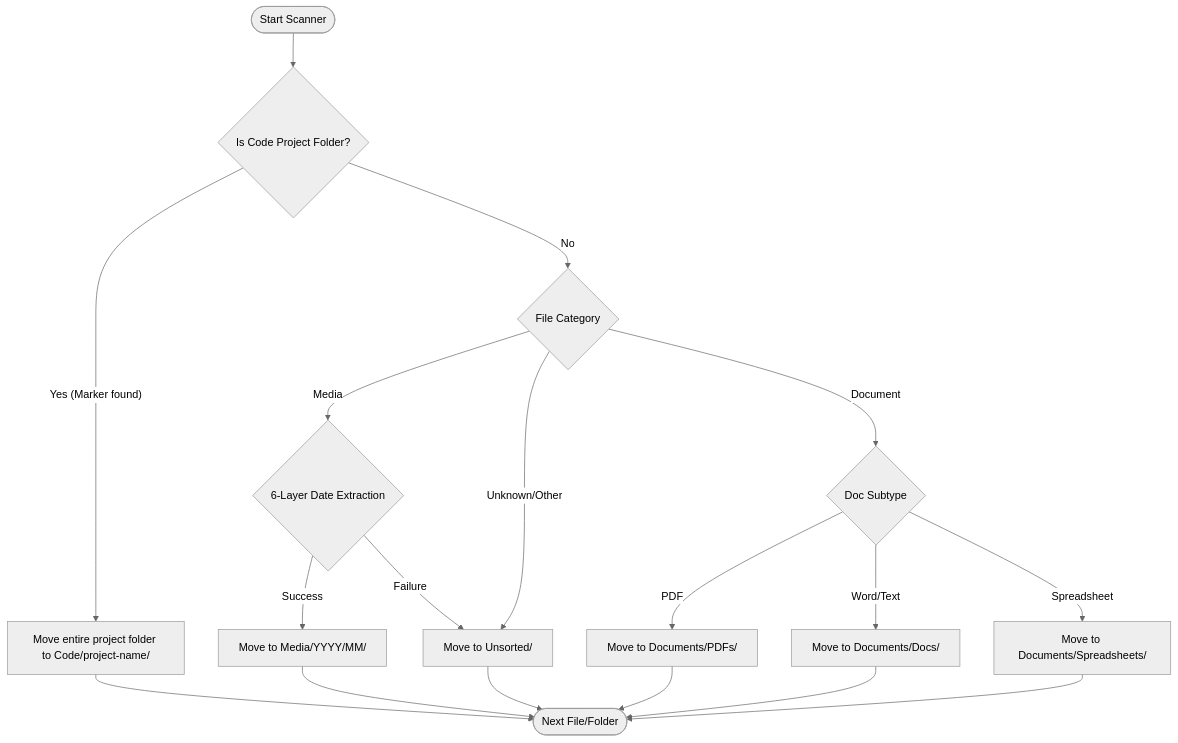
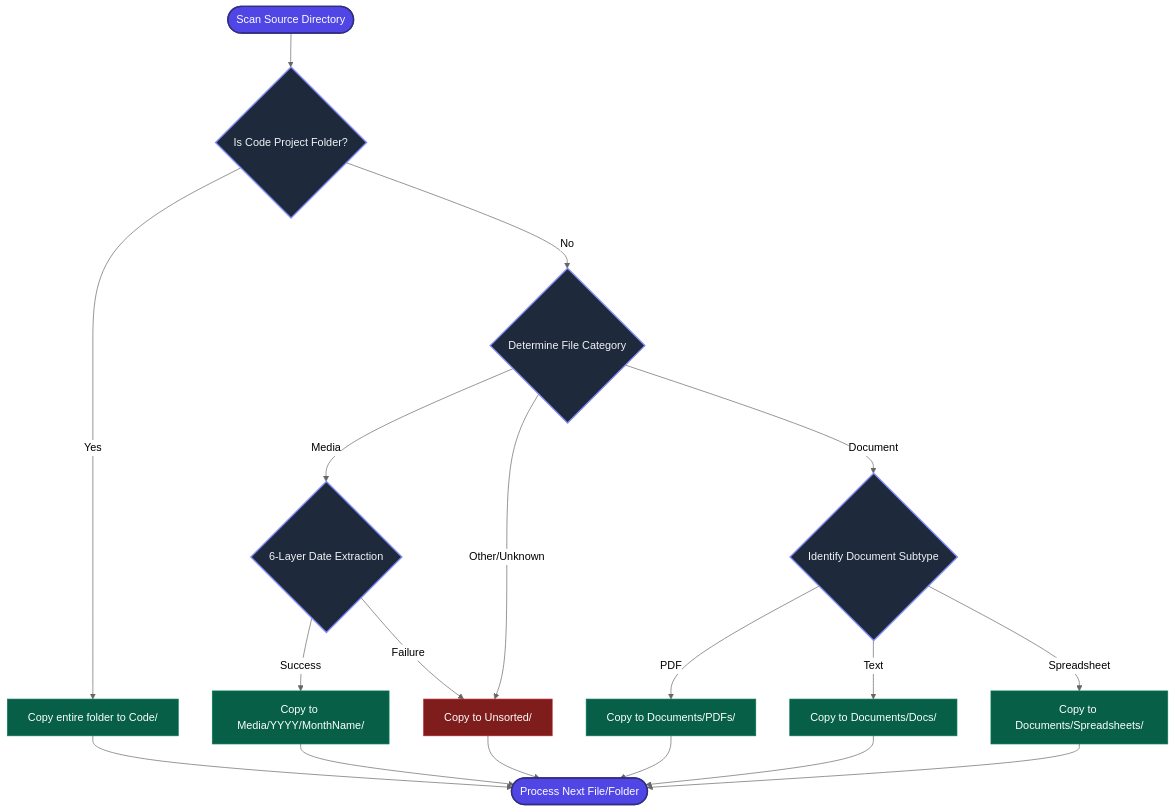
One commit to itspgiri/hdd-organiser changed the diagram in README.md. Above: the diagram before and after it, drawn with Mermaid (neutral theme). The commit also changed other lines of this file and 1236 other files, not shown here.

````diff
--- a/README.md
+++ b/README.md
@@ -41,29 +73,34 @@
 ```mermaid
 graph TD
-    Start([Start Scanner]) --> CheckProject{Is Code Project Folder?}
+    classDef startEnd fill:#4f46e5,stroke:#312e81,stroke-width:2px,color:#fff;
+    classDef decision fill:#1e293b,stroke:#818cf8,stroke-width:2px,color:#f1f5f9;
+    classDef action fill:#065f46,stroke:#047857,stroke-width:1px,color:#fff;
+    classDef fallback fill:#7f1d1d,stroke:#b91c1c,stroke-width:1px,color:#fff;
+
+    Start(["Scan Source Directory"]):::startEnd --> CheckProject{"Is Code Project Folder?"}:::decision
     
-    CheckProject -- "Yes (Marker found)" --> MoveProject[Move entire project folder to Code/project-name/]
-    CheckProject -- No --> DetectType{File Category}
+    CheckProject -- Yes --> MoveProject["Copy entire folder to Code/"]:::action
+    CheckProject -- No --> DetectType{"Determine File Category"}:::decision
     
     %% Media Branch
-    DetectType -- Media --> DateFallback{6-Layer Date Extraction}
-    DateFallback -- Success --> MoveMedia[Move to Media/YYYY/MM/]
-    DateFallback -- Failure --> MoveUnsorted[Move to Unsorted/]
+    DetectType -- Media --> DateFallback{"6-Layer Date Extraction"}:::decision
+    DateFallback -- Success --> MoveMedia["Copy to Media/YYYY/MonthName/"]:::action
+    DateFallback -- Failure --> MoveUnsorted["Copy to Unsorted/"]:::fallback
     
     %% Documents Branch
-    DetectType -- Document --> DocSubtype{Doc Subtype}
-    DocSubtype -- PDF --> MovePDF[Move to Documents/PDFs/]
-    DocSubtype -- Word/Text --> MoveDoc[Move to Documents/Docs/]
-    DocSubtype -- Spreadsheet --> MoveSheet[Move to Documents/Spreadsheets/]
+    DetectType -- Document --> DocSubtype{"Identify Document Subtype"}:::decision
+    DocSubtype -- PDF --> MovePDF["Copy to Documents/PDFs/"]:::action
+    DocSubtype -- Text --> MoveDoc["Copy to Documents/Docs/"]:::action
+    DocSubtype -- Spreadsheet --> MoveSheet["Copy to Documents/Spreadsheets/"]:::action
     
     %% Unknown Branch
-    DetectType -- Unknown/Other --> MoveUnsorted
+    DetectType -- Other/Unknown --> MoveUnsorted
     
-    %% End States
-    MoveProject --> End([Next File/Folder])
+    %% Loop/End
+    MoveProject --> End(["Process Next File/Folder"]):::startEnd
     MoveMedia --> End
     MoveUnsorted --> End
     MovePDF --> End
     MoveDoc --> End
     MoveSheet --> End
 ```
````
